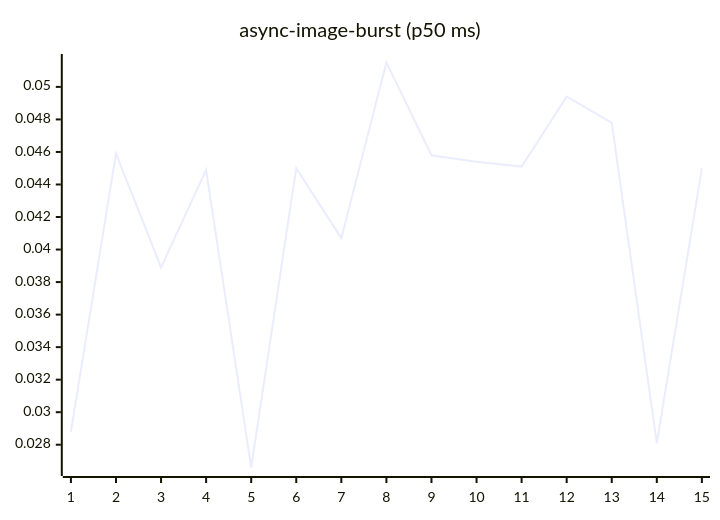
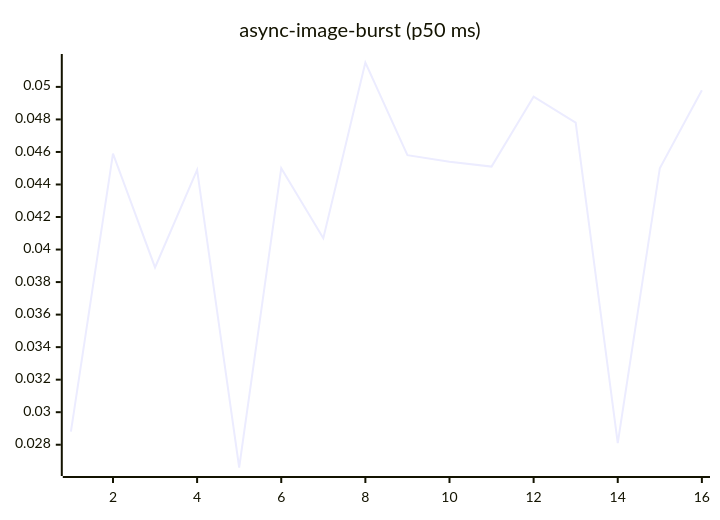
The fourth of 27 diagrams in README.md (josha/Facet), drawn with Mermaid before and after one commit. The commit also changed other lines of this file and 2 other files, not shown here.

````diff
--- a/README.md
+++ b/README.md
@@ -84,6 +84,6 @@
 ```mermaid
 xychart-beta
     title "async-image-burst (p50 ms)"
-    x-axis 1 --> 15
-    line [0.0288, 0.0459, 0.0389, 0.0449, 0.0266, 0.0450, 0.0407, 0.0515, 0.0458, 0.0454, 0.0451, 0.0494, 0.0478, 0.0281, 0.0450]
+    x-axis 1 --> 16
+    line [0.0288, 0.0459, 0.0389, 0.0449, 0.0266, 0.0450, 0.0407, 0.0515, 0.0458, 0.0454, 0.0451, 0.0494, 0.0478, 0.0281, 0.0450, 0.0498]
 ```
````
